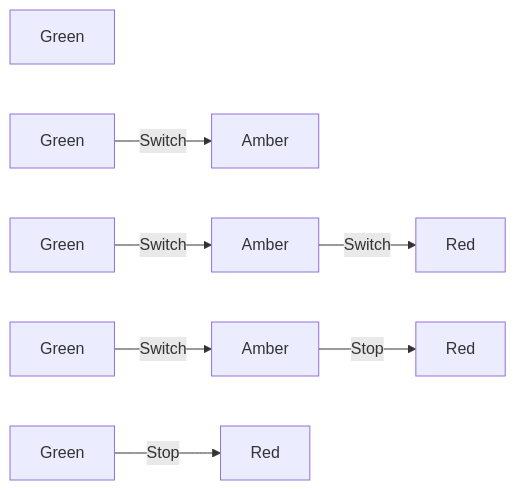
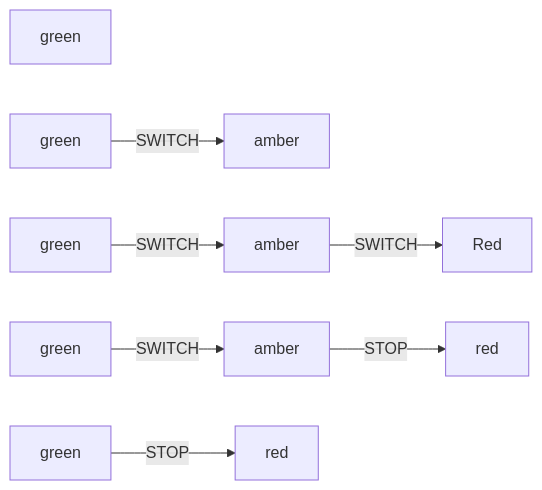
The diagram in src/pages/blog/2019-04-03-getting-ready.md (adsanderson/gatsby-starter-netlify-cms), drawn with Mermaid before and after one commit. The commit also changed other lines of this file, not shown here.

````diff
--- a/src/pages/blog/2019-04-03-getting-ready.md
+++ b/src/pages/blog/2019-04-03-getting-ready.md
@@ -23,15 +23,15 @@
 ```mermaid
 graph LR
-G1[Green]
+G1[green]
 
-G2[Green] -->|Switch|A2[Amber]
+G2[green] -->|SWITCH|A2[amber]
 
-G4[Green] -->|Switch|A4[Amber]
-A4 -->|Switch|R4[Red]
+G4[green] -->|SWITCH|A4[amber]
+A4 -->|SWITCH|R4[Red]
 
-G3[Green] -->|Switch|A3[Amber]
-A3 -->|Stop|R3[Red]
+G3[green] -->|SWITCH|A3[amber]
+A3 -->|STOP|R3[red]
 
-G5[Green] -->|Stop|R5[Red]
+G5[green] -->|STOP|R5[red]
 
 ```
````
